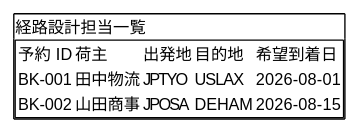
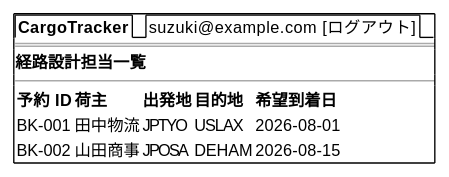
One commit to k2works/case-study-cargo-tracker changed the fifth of 7 diagrams in docs/development/iteration_plan-5.md. Above: the diagram before and after it, drawn with PlantUML. The commit also changed other lines of this file, not shown here.

````diff
--- a/docs/development/iteration_plan-5.md
+++ b/docs/development/iteration_plan-5.md
@@ -330,14 +352,15 @@
 ```plantuml
 @startsalt
 {+
-  経路設計担当一覧
-  {+
-    {
-      予約 ID | 荷主 | 出発地 | 目的地 | 希望到着日
-      BK-001 | 田中物流 | JPTYO | USLAX | 2026-08-01
-      BK-002 | 山田商事 | JPOSA | DEHAM | 2026-08-15
-    }
+  {/ <b>CargoTracker</b>    |    suzuki@example.com  [ログアウト] }
+  ==
+  <b>経路設計担当一覧</b>
+  --
+  {
+    **予約 ID** | **荷主** | **出発地** | **目的地** | **希望到着日**
+    BK-001 | 田中物流 | JPTYO | USLAX | 2026-08-01
+    BK-002 | 山田商事 | JPOSA | DEHAM | 2026-08-15
   }
 }
 @endsalt
 ```
````
